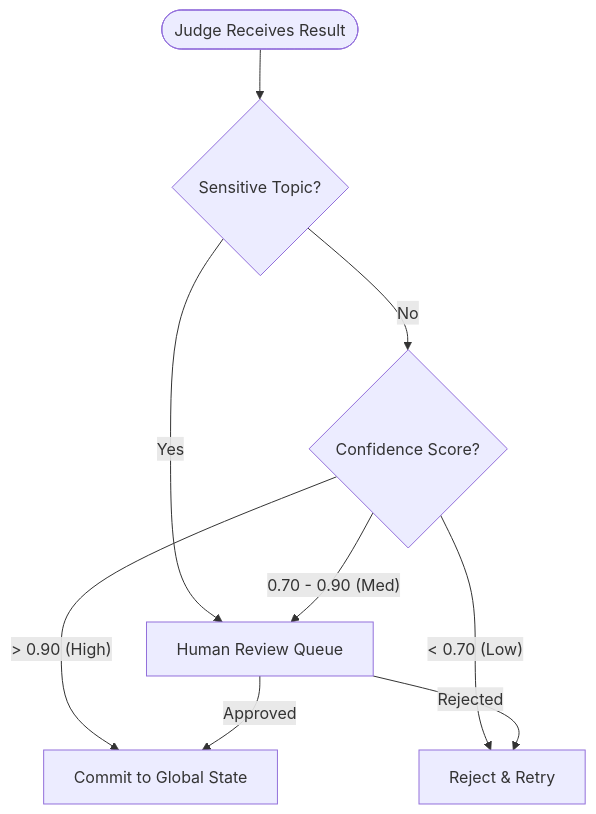
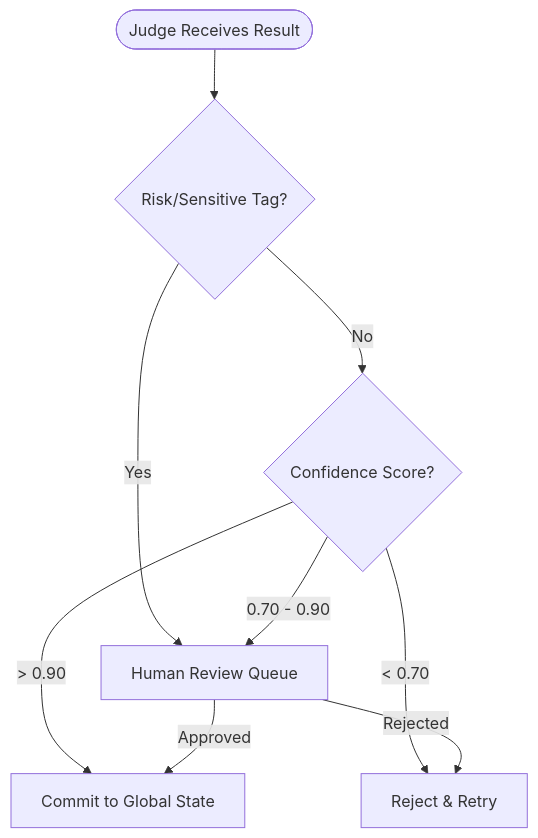
Before and after one commit to leuel-a/chimera: the second of 3 diagrams in research/architecture_strategy.md, drawn with Mermaid. The commit also changed other lines of this file, not shown here.

Commit message:
Refine architecture strategy documentation for Project Chimera, emphasizing the FastRender Swarm model and its components. Update agent roles, task lifecycle, and governance protocols to enhance clarity and detail.

````diff
--- a/research/architecture_strategy.md
+++ b/research/architecture_strategy.md
@@ -78,13 +96,13 @@
 ```mermaid
 flowchart TD
-    Start([Judge Receives Result]) --> CheckSens{Sensitive Topic?}
-    CheckSens -- Yes --> Human[Human Review Queue]
-    CheckSens -- No --> CheckConf{Confidence Score?}
+  Start([Judge Receives Result]) --> CheckRisk{Risk/Sensitive Tag?}
+  CheckRisk -- Yes --> Human[Human Review Queue]
+  CheckRisk -- No --> CheckConf{Confidence Score?}
 
-    CheckConf -- "> 0.90 (High)" --> Commit[Commit to Global State]
-    CheckConf -- "0.70 - 0.90 (Med)" --> Human
-    CheckConf -- "< 0.70 (Low)" --> Reject[Reject & Retry]
+  CheckConf -- "> 0.90" --> Commit[Commit to Global State]
+  CheckConf -- "0.70 - 0.90" --> Human
+  CheckConf -- "< 0.70" --> Reject[Reject & Retry]
 
-    Human -- Approved --> Commit
-    Human -- Rejected --> Reject
+  Human -- Approved --> Commit
+  Human -- Rejected --> Reject
 ```
````
